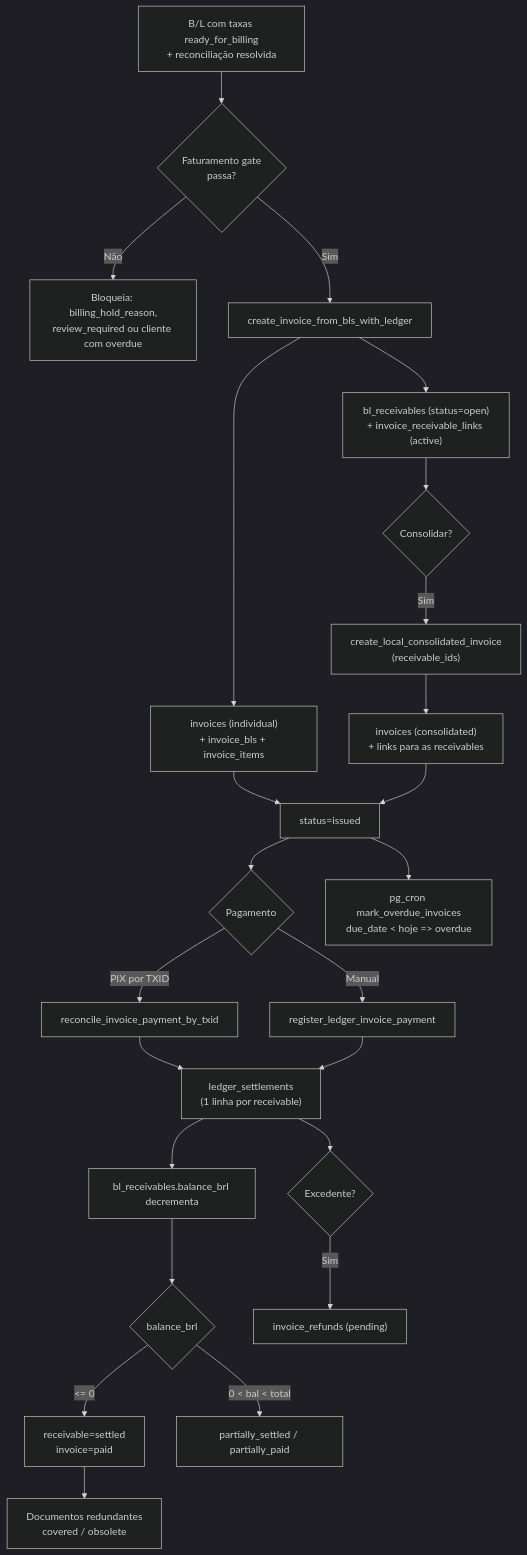
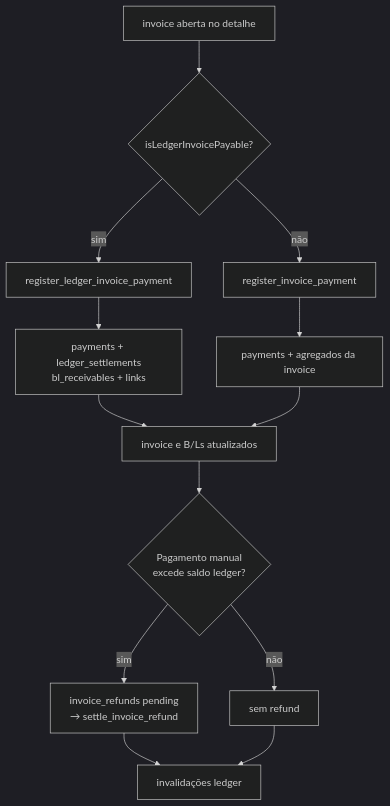
The diagram in docs/modules/faturamento.md (luccafwlog/transhippingdesk), drawn with Mermaid (dark theme) before and after one commit. The commit also changed other lines of this file and 2 other files, not shown here.

Commit message:
docs: map local charges billing ledger and pix

````diff
--- a/docs/modules/faturamento.md
+++ b/docs/modules/faturamento.md
@@ -13,28 +169,15 @@
 ```mermaid
-graph TD
-    A["B/L com taxas ready_for_billing<br/>+ reconciliação resolvida"] --> B{"Faturamento gate<br/>passa?"}
-    B -->|Não| Z["Bloqueia: billing_hold_reason,<br/>review_required ou cliente com overdue"]
-    B -->|Sim| C["create_invoice_from_bls_with_ledger"]
-    C --> D["invoices (individual)<br/>+ invoice_bls + invoice_items"]
-    C --> E["bl_receivables (status=open)<br/>+ invoice_receivable_links (active)"]
-
-    E --> F{"Consolidar?"}
-    F -->|Sim| G["create_local_consolidated_invoice<br/>(receivable_ids)"]
-    G --> H["invoices (consolidated)<br/>+ links para as receivables"]
-
-    D --> I["status=issued"]
-    H --> I
-    I --> J{"Pagamento"}
-    J -->|PIX por TXID| K["reconcile_invoice_payment_by_txid"]
-    J -->|Manual| L["register_ledger_invoice_payment"]
-    K --> M["ledger_settlements<br/>(1 linha por receivable)"]
-    L --> M
-    M --> N["bl_receivables.balance_brl decrementa"]
-    N --> O{"balance_brl"}
-    O -->|"<= 0"| P["receivable=settled<br/>invoice=paid"]
-    O -->|"0 < bal < total"| Q["partially_settled / partially_paid"]
-    P --> R["Documentos redundantes<br/>covered / obsolete"]
-    M --> S{"Excedente?"}
-    S -->|Sim| T["invoice_refunds (pending)"]
-    I --> U["pg_cron mark_overdue_invoices<br/>due_date < hoje => overdue"]
+flowchart TD
+    Open["invoice aberta no detalhe"] --> Decide{"isLedgerInvoicePayable?"}
+    Decide -->|sim| Ledger["register_ledger_invoice_payment"]
+    Decide -->|não| Legacy["register_invoice_payment"]
+    Ledger --> LWrite["payments + ledger_settlements<br/>bl_receivables + links"]
+    Legacy --> GWrite["payments + agregados da invoice"]
+    LWrite --> Sync["invoice e B/Ls atualizados"]
+    GWrite --> Sync
+    Sync --> Refund{"Pagamento manual<br/>excede saldo ledger?"}
+    Refund -->|sim| RefundRow["invoice_refunds pending<br/>→ settle_invoice_refund"]
+    Refund -->|não| NoRefund["sem refund"]
+    RefundRow --> Cache["invalidações ledger"]
+    NoRefund --> Cache
 ```
````
